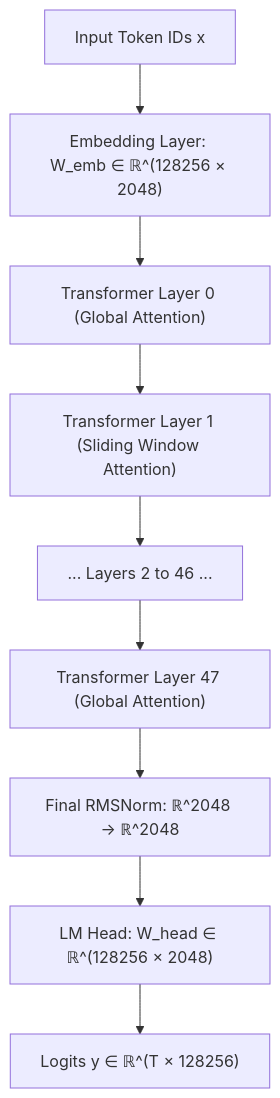
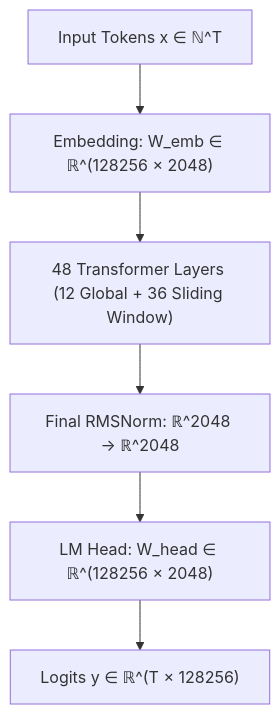
The first of 2 diagrams in obsidian/ReseachX/03_Architectures/Laguna_XS2_Architecture_Profile.md (srishanthsriramula/ReseachX), drawn with Mermaid before and after one commit. The commit also changed other lines of this file and 5 other files, not shown here.

Commit message:
Optimize architectural Mermaid diagrams into single-column responsive vertical layouts to guarantee 100% fit on all screen sizes

````diff
--- a/obsidian/ReseachX/03_Architectures/Laguna_XS2_Architecture_Profile.md
+++ b/obsidian/ReseachX/03_Architectures/Laguna_XS2_Architecture_Profile.md
@@ -12,11 +12,8 @@
 ```mermaid
 flowchart TD
-    IN["Input Token IDs x"] --> EMB["Embedding Layer: W_emb ∈ ℝ^(128256 × 2048)"]
-    EMB --> L0["Transformer Layer 0 (Global Attention)"]
-    L0 --> L1["Transformer Layer 1 (Sliding Window Attention)"]
-    L1 --> LDOT["... Layers 2 to 46 ..."]
-    LDOT --> L47["Transformer Layer 47 (Global Attention)"]
-    L47 --> NORM["Final RMSNorm: ℝ^2048 → ℝ^2048"]
+    IN["Input Tokens x ∈ ℕ^T"] --> EMB["Embedding: W_emb ∈ ℝ^(128256 × 2048)"]
+    EMB --> BLOCKS["48 Transformer Layers (12 Global + 36 Sliding Window)"]
+    BLOCKS --> NORM["Final RMSNorm: ℝ^2048 → ℝ^2048"]
     NORM --> HEAD["LM Head: W_head ∈ ℝ^(128256 × 2048)"]
     HEAD --> OUT["Logits y ∈ ℝ^(T × 128256)"]
 ```
````
